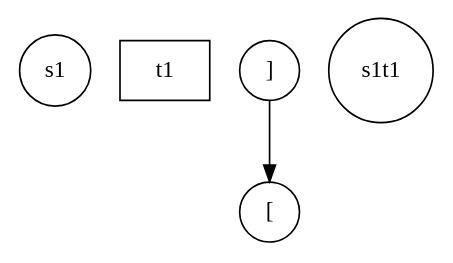
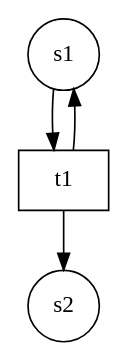
The diagram in src/graph.gv (dnannen/reduction-of-petri-nets), drawn with Graphviz before and after one commit. The commit also changed 3 other files, not shown here.

```diff
--- a/src/graph.gv
+++ b/src/graph.gv
@@ -1,6 +1,9 @@
 digraph petrinet{
 node[shape=circle];
 "s1";
+"s2";
 "t1" [shape=box];
-"["s1t1"]"->"["s1t1"]"
+"s1"->"t1"
+"t1"->"s2"
+"t1"->"s1"
 }
```
